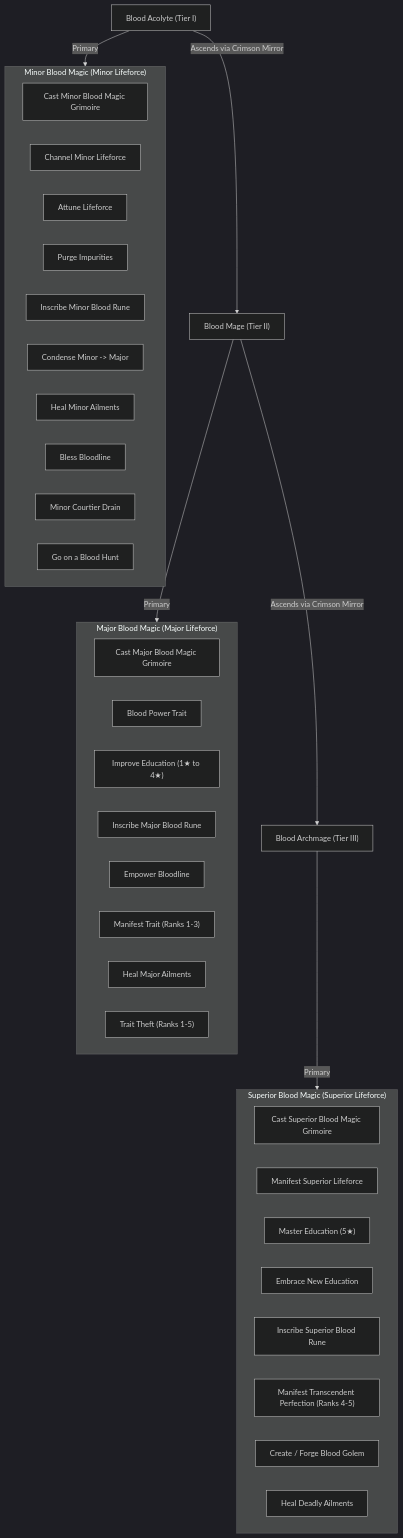
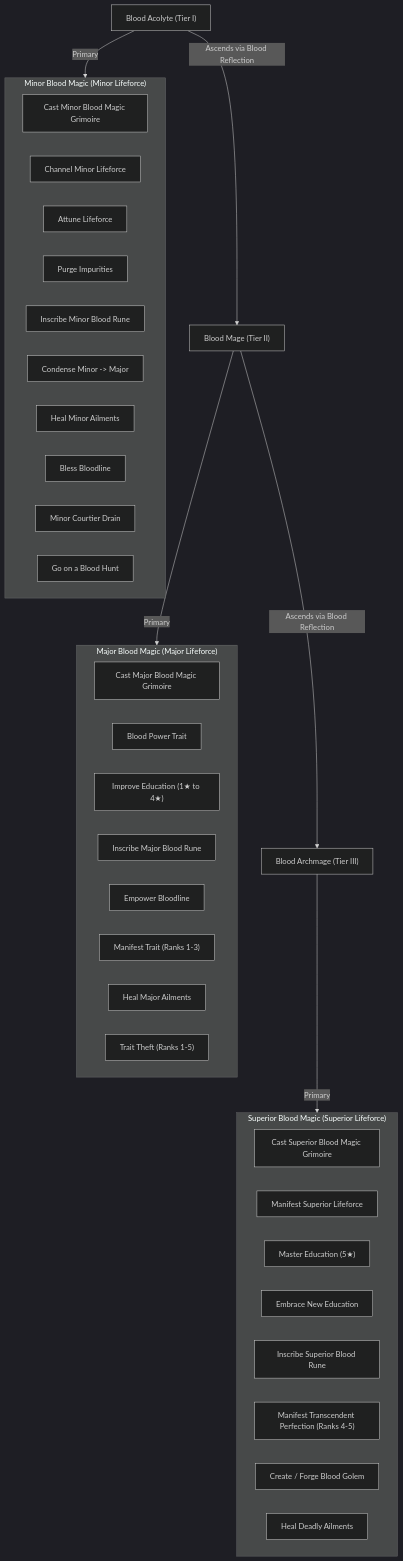
The diagram in docs-ai/architecture/blood-mage-magic-tiers.md (theNicelander/ck3_blood_mage), drawn with Mermaid (dark theme) before and after one commit. The commit also changed 55 other files, not shown here.

````diff
--- a/docs-ai/architecture/blood-mage-magic-tiers.md
+++ b/docs-ai/architecture/blood-mage-magic-tiers.md
@@ -9,43 +9,43 @@
 ```mermaid
 flowchart TD
     subgraph T1 ["Minor Blood Magic (Minor Lifeforce)"]
         M1["Cast Minor Blood Magic Grimoire"]
         M2["Channel Minor Lifeforce"]
         M3["Attune Lifeforce"]
         M4["Purge Impurities"]
         M5["Inscribe Minor Blood Rune"]
         M6["Condense Minor -> Major"]
         M7["Heal Minor Ailments"]
         M8["Bless Bloodline"]
         M10["Minor Courtier Drain"]
         M11["Go on a Blood Hunt"]
     end
 
     subgraph T2 ["Major Blood Magic (Major Lifeforce)"]
         J1["Cast Major Blood Magic Grimoire"]
         J2["Blood Power Trait"]
         J3["Improve Education (1★ to 4★)"]
         J4["Inscribe Major Blood Rune"]
         J5["Empower Bloodline"]
         J6["Manifest Trait (Ranks 1-3)"]
         J7["Heal Major Ailments"]
         J9["Trait Theft (Ranks 1-5)"]
     end
 
     subgraph T3 ["Superior Blood Magic (Superior Lifeforce)"]
         S1["Cast Superior Blood Magic Grimoire"]
         S2["Manifest Superior Lifeforce"]
         S3["Master Education (5★)"]
         S4["Embrace New Education"]
         S5["Inscribe Superior Blood Rune"]
         S6["Manifest Transcendent Perfection (Ranks 4-5)"]
         S7["Create / Forge Blood Golem"]
         S8["Heal Deadly Ailments"]
     end
 
     BA["Blood Acolyte (Tier I)"] -->|Primary| T1
     BM["Blood Mage (Tier II)"] -->|Primary| T2
     BMArch["Blood Archmage (Tier III)"] -->|Primary| T3
-    BA -->|Ascends via Crimson Mirror| BM
-    BM -->|Ascends via Crimson Mirror| BMArch
+    BA -->|Ascends via Blood Reflection| BM
+    BM -->|Ascends via Blood Reflection| BMArch
 ```
````
